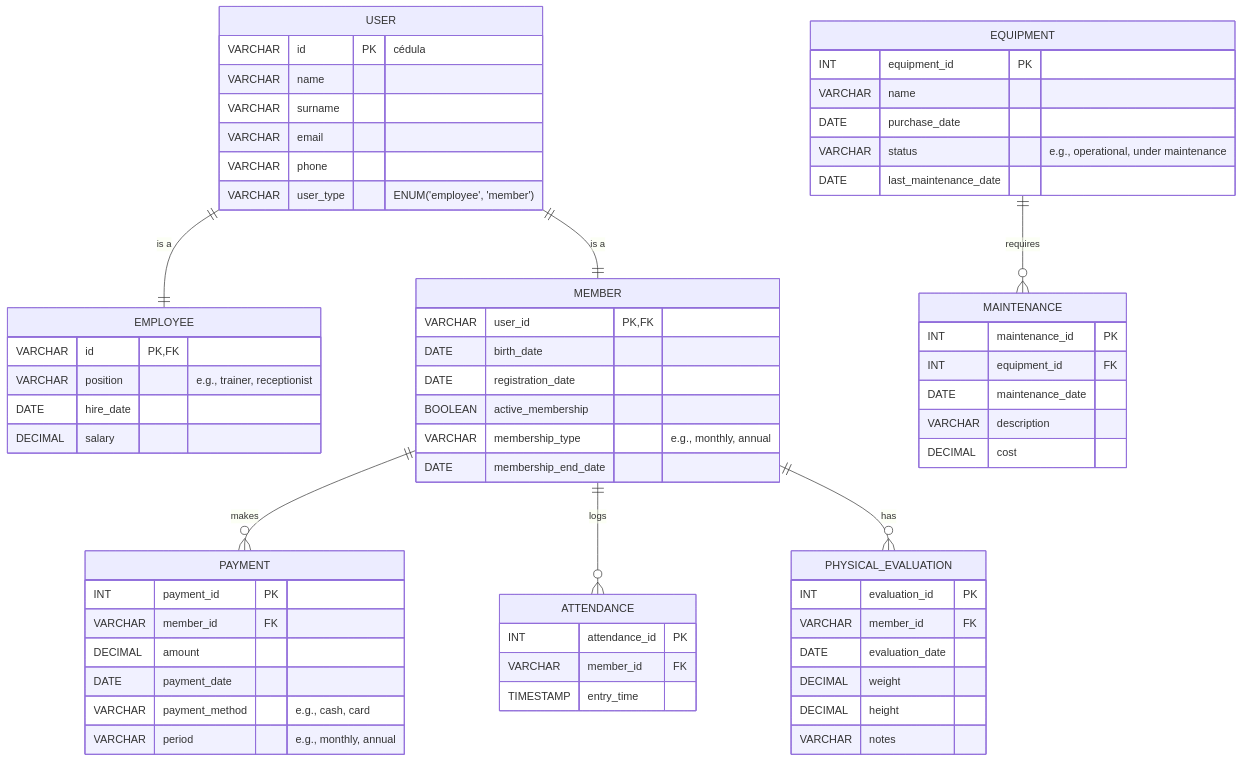
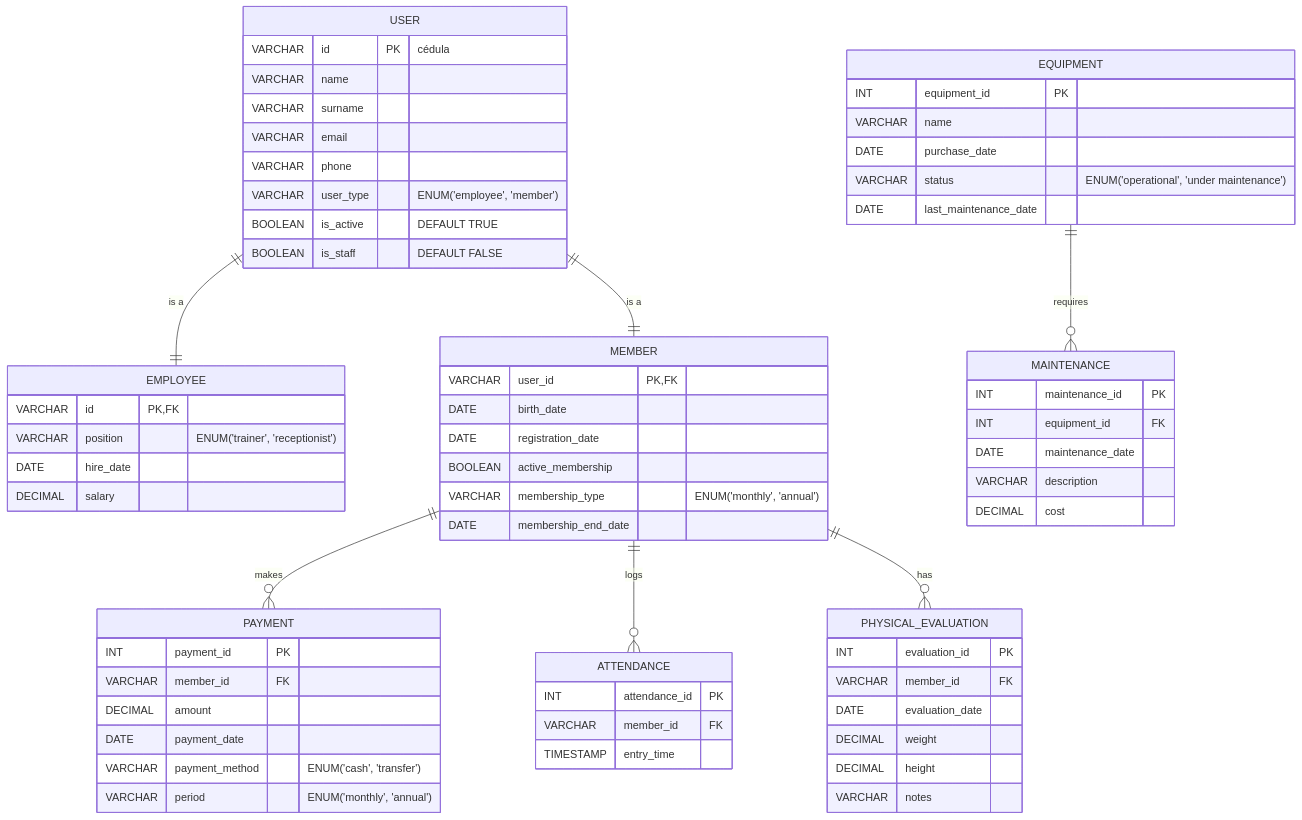
One commit to SilkenBread/gms-backend changed the diagram in database_model.md. Above: the diagram before and after it, drawn with Mermaid. The commit also changed 13 other files, not shown here.

````diff
--- a/database_model.md
+++ b/database_model.md
@@ -3,74 +3,76 @@
 ```mermaid
 erDiagram
     USER {
         VARCHAR id PK "cédula"
         VARCHAR name
         VARCHAR surname
         VARCHAR email
         VARCHAR phone
         VARCHAR user_type "ENUM('employee', 'member')"
+        BOOLEAN is_active "DEFAULT TRUE"
+        BOOLEAN is_staff "DEFAULT FALSE"
     }
 
     EMPLOYEE {
         VARCHAR id PK, FK
-        VARCHAR position "e.g., trainer, receptionist"
+        VARCHAR position "ENUM('trainer', 'receptionist')"
         DATE hire_date
         DECIMAL salary
     }
 
     MEMBER {
         VARCHAR user_id PK,FK
         DATE birth_date
         DATE registration_date
         BOOLEAN active_membership
-        VARCHAR membership_type "e.g., monthly, annual"
+        VARCHAR membership_type "ENUM('monthly', 'annual')"
         DATE membership_end_date
     }
 
     PAYMENT {
         INT payment_id PK
         VARCHAR member_id FK
         DECIMAL amount
         DATE payment_date
-        VARCHAR payment_method "e.g., cash, card"
-        VARCHAR period "e.g., monthly, annual"
+        VARCHAR payment_method "ENUM('cash', 'transfer')"
+        VARCHAR period "ENUM('monthly', 'annual')"
     }
 
     ATTENDANCE {
         INT attendance_id PK
         VARCHAR member_id FK
         TIMESTAMP entry_time
     }
 
     PHYSICAL_EVALUATION {
         INT evaluation_id PK
         VARCHAR member_id FK
         DATE evaluation_date
         DECIMAL weight
         DECIMAL height
         VARCHAR notes
     }
 
     EQUIPMENT {
         INT equipment_id PK
         VARCHAR name
         DATE purchase_date
-        VARCHAR status "e.g., operational, under maintenance"
+        VARCHAR status "ENUM('operational', 'under maintenance')"
         DATE last_maintenance_date
     }
 
     MAINTENANCE {
         INT maintenance_id PK
         INT equipment_id FK
         DATE maintenance_date
         VARCHAR description
         DECIMAL cost
     }
 
     USER ||--|| EMPLOYEE : "is a"
     USER ||--|| MEMBER : "is a"
     MEMBER ||--o{ PAYMENT : "makes"
     MEMBER ||--o{ ATTENDANCE : "logs"
     MEMBER ||--o{ PHYSICAL_EVALUATION : "has"
     EQUIPMENT ||--o{ MAINTENANCE : "requires"
 ```
````
